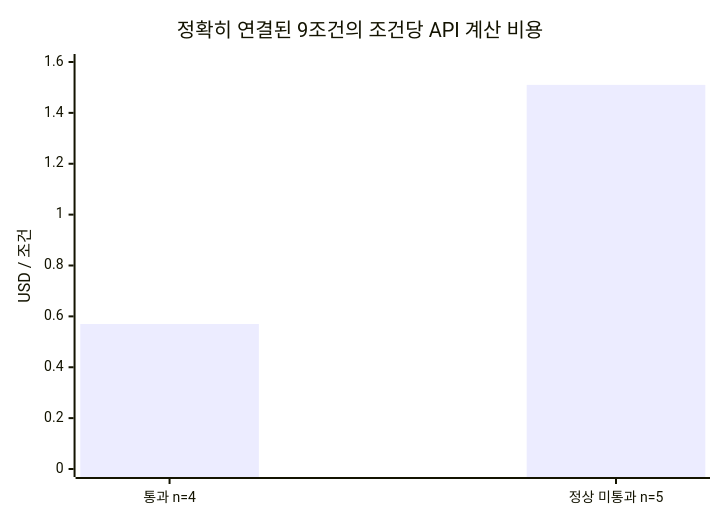
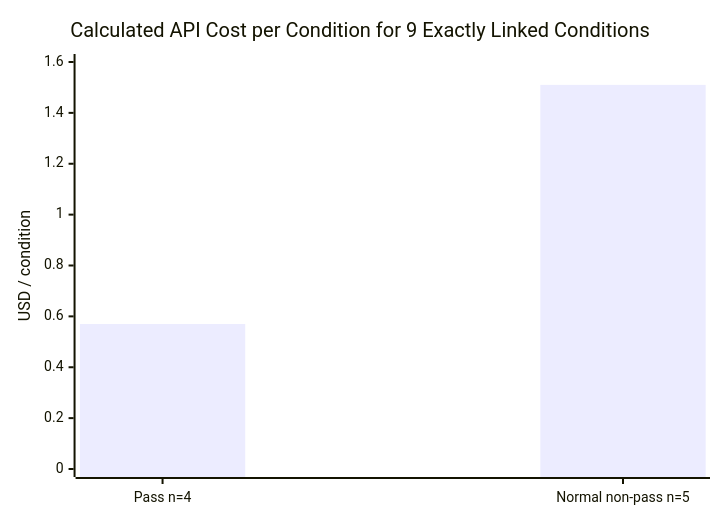
One commit to hyeonsangjeon/prompt-compression-billing-bench changed the diagram in docs/experiment/01-preliminary-comparison/README.md. Above: the diagram before and after it, drawn with Mermaid. The commit also changed other lines of this file and 47 other files, not shown here.

````diff
--- a/docs/experiment/01-preliminary-comparison/README.md
+++ b/docs/experiment/01-preliminary-comparison/README.md
@@ -139,7 +150,7 @@
 ```mermaid
 xychart-beta
-    title "정확히 연결된 9조건의 조건당 API 계산 비용"
-    x-axis ["통과 n=4", "정상 미통과 n=5"]
-    y-axis "USD / 조건" 0 --> 1.6
+    title "Calculated API Cost per Condition for 9 Exactly Linked Conditions"
+    x-axis ["Pass n=4", "Normal non-pass n=5"]
+    y-axis "USD / condition" 0 --> 1.6
     bar [0.57, 1.51]
 ```
````
